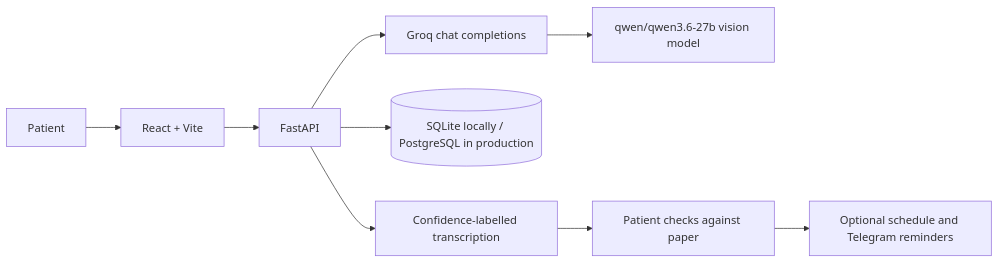
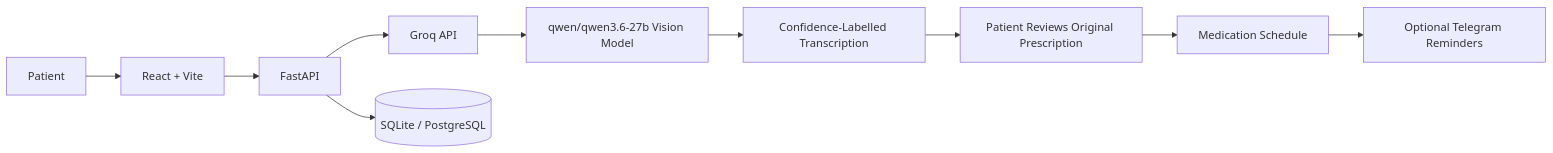
One commit to Harshilmalhotra/Dawa-Saathi changed the diagram in README.md. Above: the diagram before and after it, drawn with Mermaid. The commit also changed other lines of this file, not shown here.

````diff
--- a/README.md
+++ b/README.md
@@ -19,11 +43,12 @@
 ```mermaid
 flowchart LR
-  Patient --> Web[React + Vite]
-  Web --> API[FastAPI]
-  API --> Groq[Groq chat completions]
-  Groq --> Qwen[qwen/qwen3.6-27b vision model]
-  API --> DB[(SQLite locally / PostgreSQL in production)]
-  API --> Draft[Confidence-labelled transcription]
-  Draft --> PatientReview[Patient checks against paper]
-  PatientReview --> Schedule[Optional schedule and Telegram reminders]
+    Patient --> Web[React + Vite]
+    Web --> API[FastAPI]
+    API --> Groq[Groq API]
+    Groq --> Qwen[qwen/qwen3.6-27b Vision Model]
+    Qwen --> Draft[Confidence-Labelled Transcription]
+    Draft --> Review[Patient Reviews Original Prescription]
+    Review --> Schedule[Medication Schedule]
+    Schedule --> Reminders[Optional Telegram Reminders]
+    API --> DB[(SQLite / PostgreSQL)]
 ```
````
